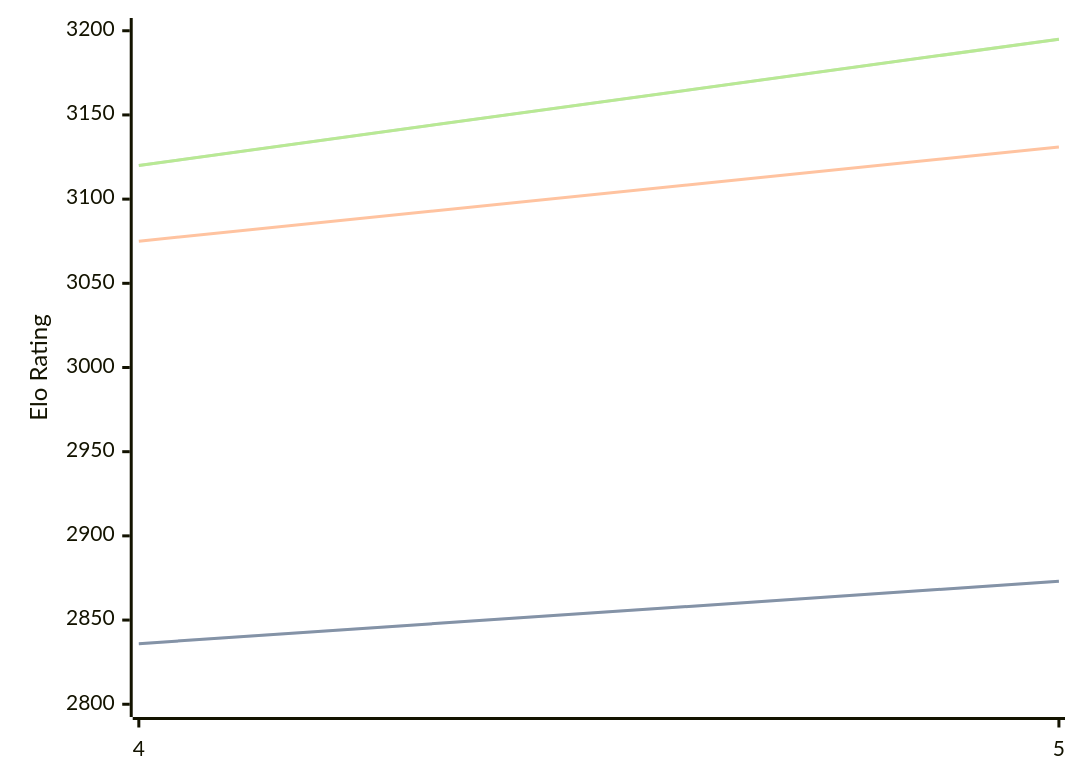
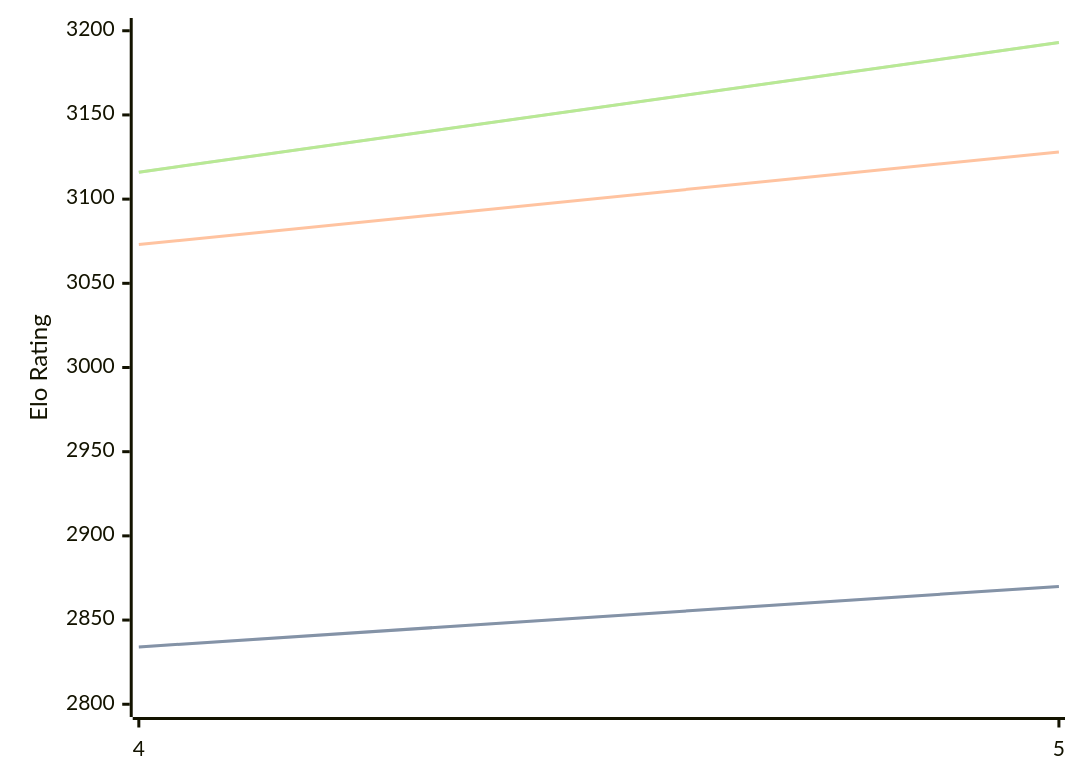
The diagram in engines/Cwtch.md (computer-chess-index/cci), drawn with Mermaid before and after one commit. The commit also changed other lines of this file, not shown here.

Commit message:
Update CCI Ratings (ELO VLTC) - 2026-06-08

````diff
--- a/engines/Cwtch.md
+++ b/engines/Cwtch.md
@@ -34,11 +34,11 @@
 ```mermaid
 %%{init: {"theme":"base","themeVariables":{"seriesColors:['#a3a3a3','#222221','#faa371']}}}%%
 xychart-beta
   x-axis ["4", "5"]
   y-axis "Elo Rating" 2800 --> 3200
-  line "STC (8.0+0.08s)" [2836, 2873]
-  line "STC (8.0+0.08s)" [2836, 2873]
-  line "LTC (60.0+0.60s)" [3075, 3131]
-  line "VLTC (2m24s+1.12s)" [3120, 3195]
-  line "VLTC (2m24s+1.12s)" [3120, 3195]
+  line "STC (8.0+0.08s)" [2834, 2870]
+  line "STC (8.0+0.08s)" [2834, 2870]
+  line "LTC (60.0+0.60s)" [3073, 3128]
+  line "VLTC (2m24s+1.12s)" [3116, 3193]
+  line "VLTC (2m24s+1.12s)" [3116, 3193]
 ```
````
